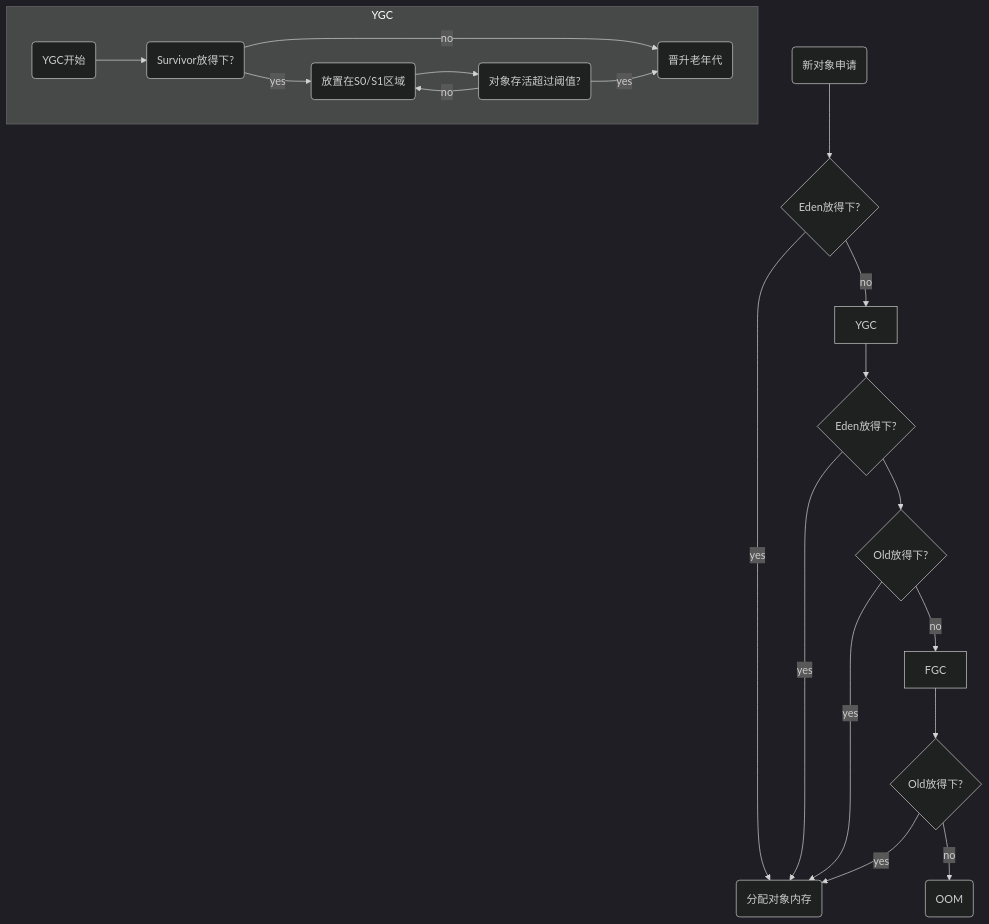
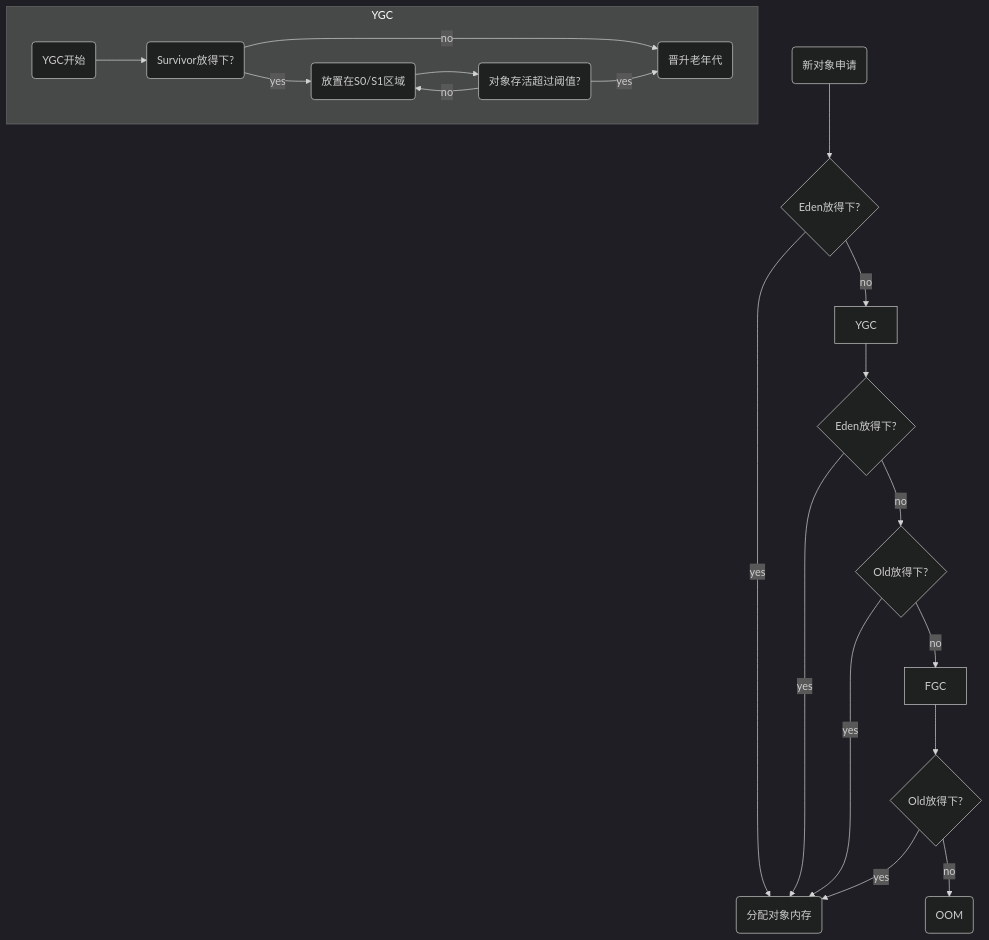
Before and after one commit to Jinhua-Lee/Learning: the diagram in src/main/java/cn/jvm/08_堆.md, drawn with Mermaid (dark theme).

Commit message:
修正流程图

````diff
--- a/src/main/java/cn/jvm/08_堆.md
+++ b/src/main/java/cn/jvm/08_堆.md
@@ -73,26 +73,26 @@
 ```mermaid
 graph TB
  st(新对象申请) --> cond_eden{Eden放得下?}
  cond_eden --> | yes | op_ram(分配对象内存)
  cond_eden --> | no | op_ygc[YGC]
  
  op_ygc --> cond_eden2{Eden放得下?}
  cond_eden2 --> | yes | op_ram
- cond_eden2 --> cond_oldgen{Old放得下?}
+ cond_eden2 --> | no | cond_oldgen{Old放得下?}
  
  cond_oldgen --> | yes | op_ram
  cond_oldgen --> | no | op_fgc[FGC]
  op_fgc --> cond_oldgen2{Old放得下?}
  
  cond_oldgen2 --> | yes | op_ram
  cond_oldgen2 --> | no | ed(OOM)
  subgraph YGC
  	st1(YGC开始) --> cond_s(Survivor放得下?)
  	cond_s --> | yes | op_s(放置在S0/S1区域)
  	cond_s --> | no | ed2(晋升老年代)
 
  	op_s --> cond_thres(对象存活超过阈值?)
  	cond_thres --> | yes | ed2
 	cond_thres --> | no | op_s
  end
 ```
````
